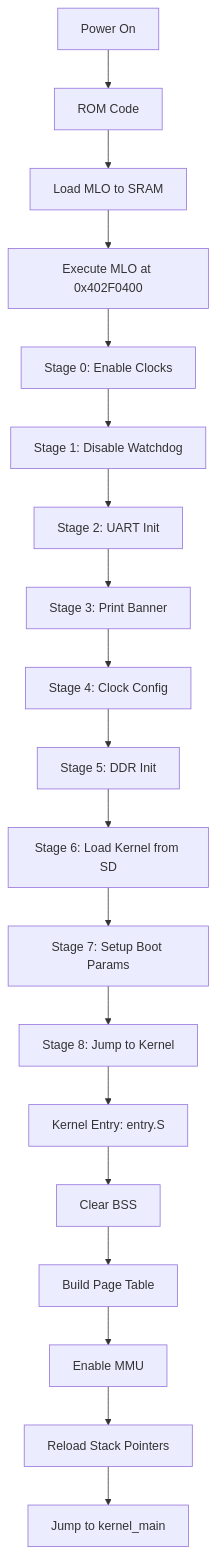
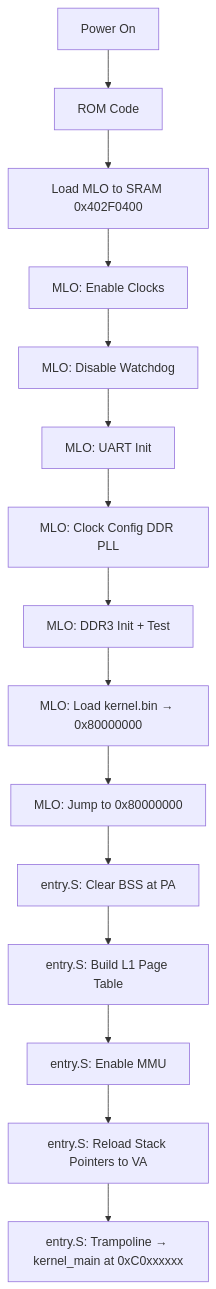
Before and after one commit to MizuCaster/Vinix-OS: the diagram in VinixOS/docs/01-boot-and-bringup.md, drawn with Mermaid. The commit also changed other lines of this file and 18 other files, not shown here.

````diff
--- a/VinixOS/docs/01-boot-and-bringup.md
+++ b/VinixOS/docs/01-boot-and-bringup.md
@@ -22,21 +23,17 @@
 ```mermaid
 graph TD
     A[Power On] --> B[ROM Code]
-    B --> C[Load MLO to SRAM]
-    C --> D[Execute MLO at 0x402F0400]
-    D --> E[Stage 0: Enable Clocks]
-    E --> F[Stage 1: Disable Watchdog]
-    F --> G[Stage 2: UART Init]
-    G --> H[Stage 3: Print Banner]
-    H --> I[Stage 4: Clock Config]
-    I --> J[Stage 5: DDR Init]
-    J --> K[Stage 6: Load Kernel from SD]
-    K --> L[Stage 7: Setup Boot Params]
-    L --> M[Stage 8: Jump to Kernel]
-    M --> N[Kernel Entry: entry.S]
-    N --> O[Clear BSS]
-    O --> P[Build Page Table]
-    P --> Q[Enable MMU]
-    Q --> R[Reload Stack Pointers]
-    R --> S[Jump to kernel_main]
+    B --> C[Load MLO to SRAM 0x402F0400]
+    C --> D[MLO: Enable Clocks]
+    D --> E[MLO: Disable Watchdog]
+    E --> F[MLO: UART Init]
+    F --> G[MLO: Clock Config DDR PLL]
+    G --> H[MLO: DDR3 Init + Test]
+    H --> I[MLO: Load kernel.bin → 0x80000000]
+    I --> J[MLO: Jump to 0x80000000]
+    J --> K[entry.S: Clear BSS at PA]
+    K --> L[entry.S: Build L1 Page Table]
+    L --> M[entry.S: Enable MMU]
+    M --> N[entry.S: Reload Stack Pointers to VA]
+    N --> O[entry.S: Trampoline → kernel_main at 0xC0xxxxxx]
 ```
````
